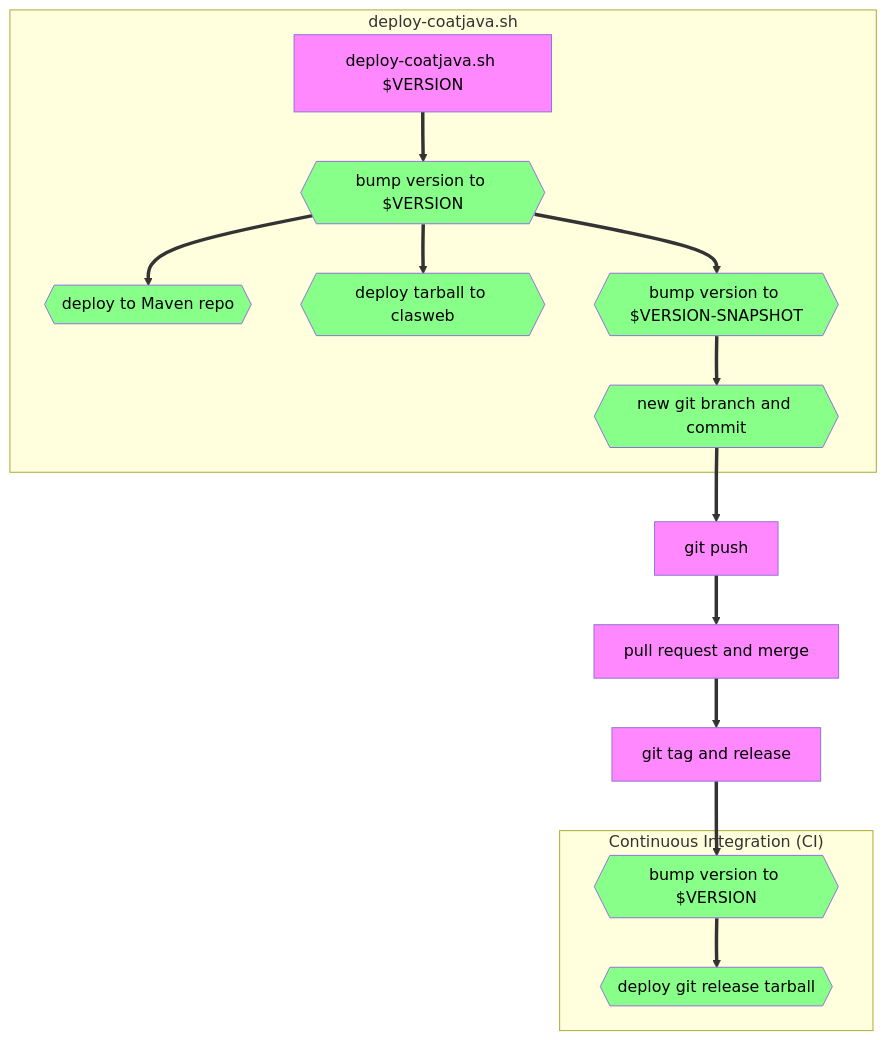
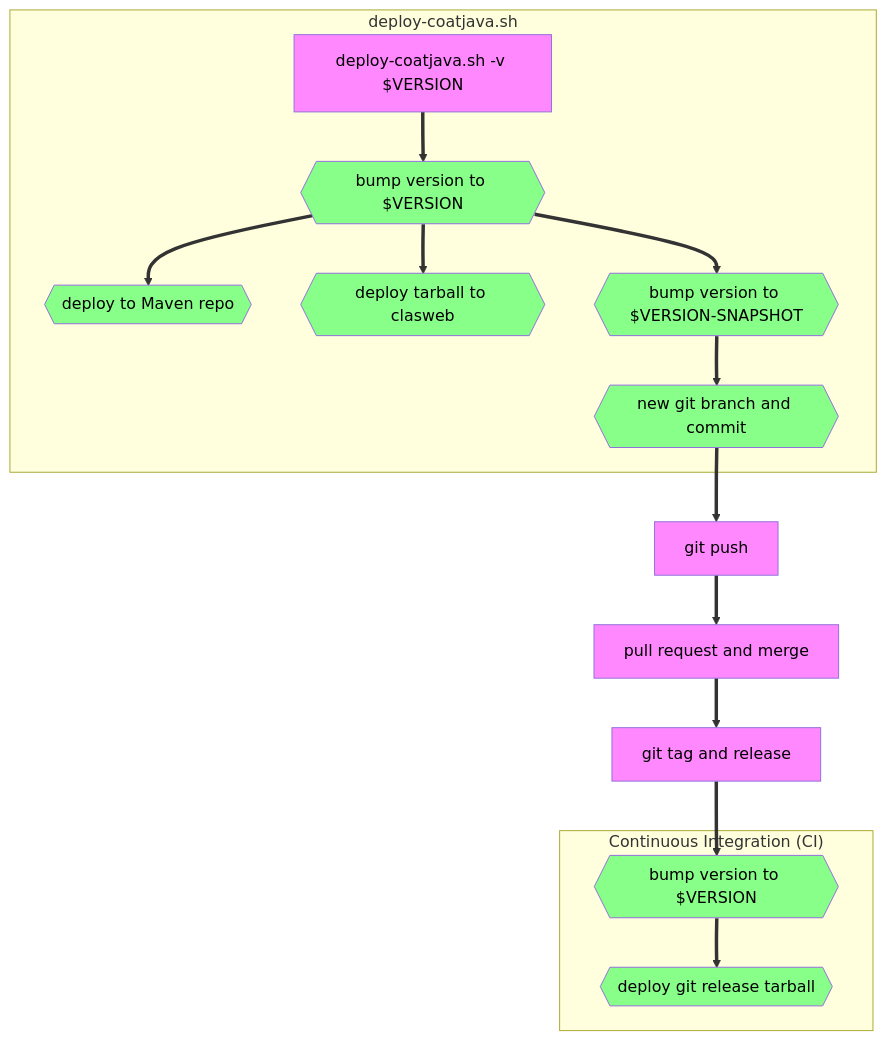
One commit to JeffersonLab/coatjava changed the first of 2 diagrams in docs/dev_notes.md. Above: the diagram before and after it, drawn with Mermaid. The commit also changed other lines of this file, not shown here.

````diff
--- a/docs/dev_notes.md
+++ b/docs/dev_notes.md
@@ -17,28 +17,28 @@
 ```mermaid
 flowchart TB
     classDef manual    fill:#f8f,color:black
     classDef automatic fill:#8f8,color:black
 
     subgraph deploy-coatjava.sh
-        deployScript[deploy-coatjava.sh $VERSION]:::manual
+        deployScript[deploy-coatjava.sh -v $VERSION]:::manual
         bump1{{bump version to $VERSION}}:::automatic
         deployMaven{{deploy to Maven repo}}:::automatic
         deployTarball{{deploy tarball to clasweb}}:::automatic
         bump2{{bump version to $VERSION-SNAPSHOT}}:::automatic
         gitCommit{{new git branch and commit}}:::automatic
     end
     gitPush[git push]:::manual
     pullRequest[pull request and merge]:::manual
     gitTag[git tag and release]:::manual
     subgraph "Continuous Integration (CI)"
         bump3{{bump version to $VERSION}}:::automatic
         deployGit{{deploy git release tarball}}:::automatic
     end
 
     deployScript ==> bump1
     bump1 ==> deployMaven
     bump1 ==> deployTarball
     bump1 ==> bump2 ==> gitCommit
     gitCommit ==> gitPush ==> pullRequest ==> gitTag
     gitTag ==> bump3 ==> deployGit
 ```
````
